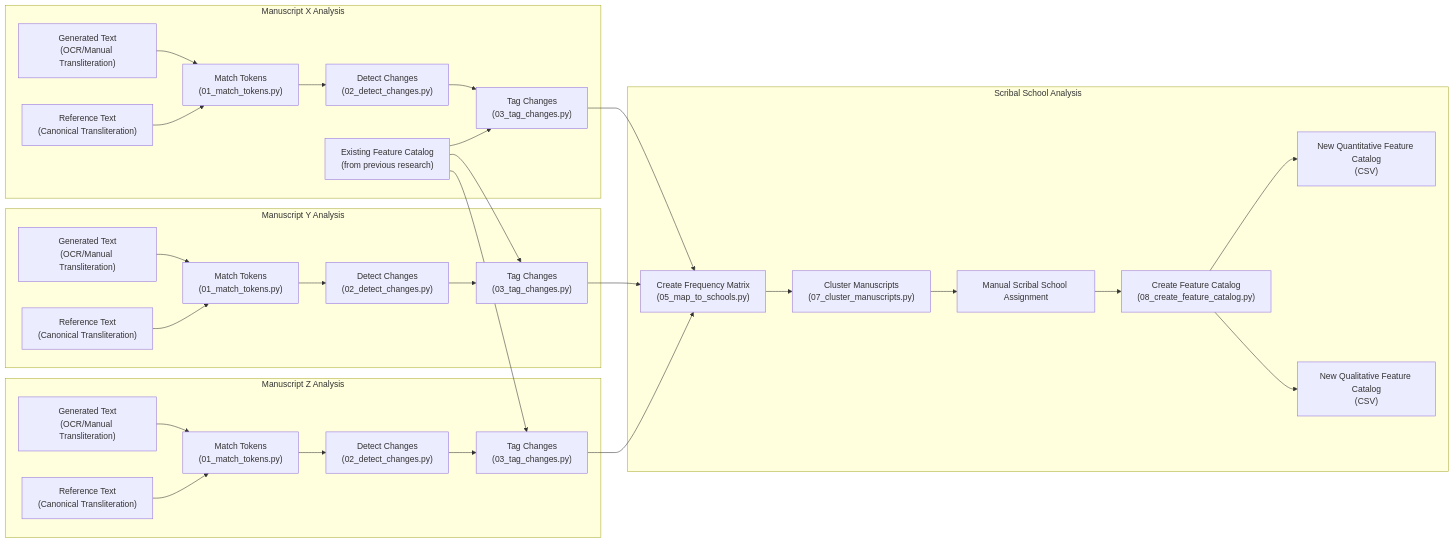
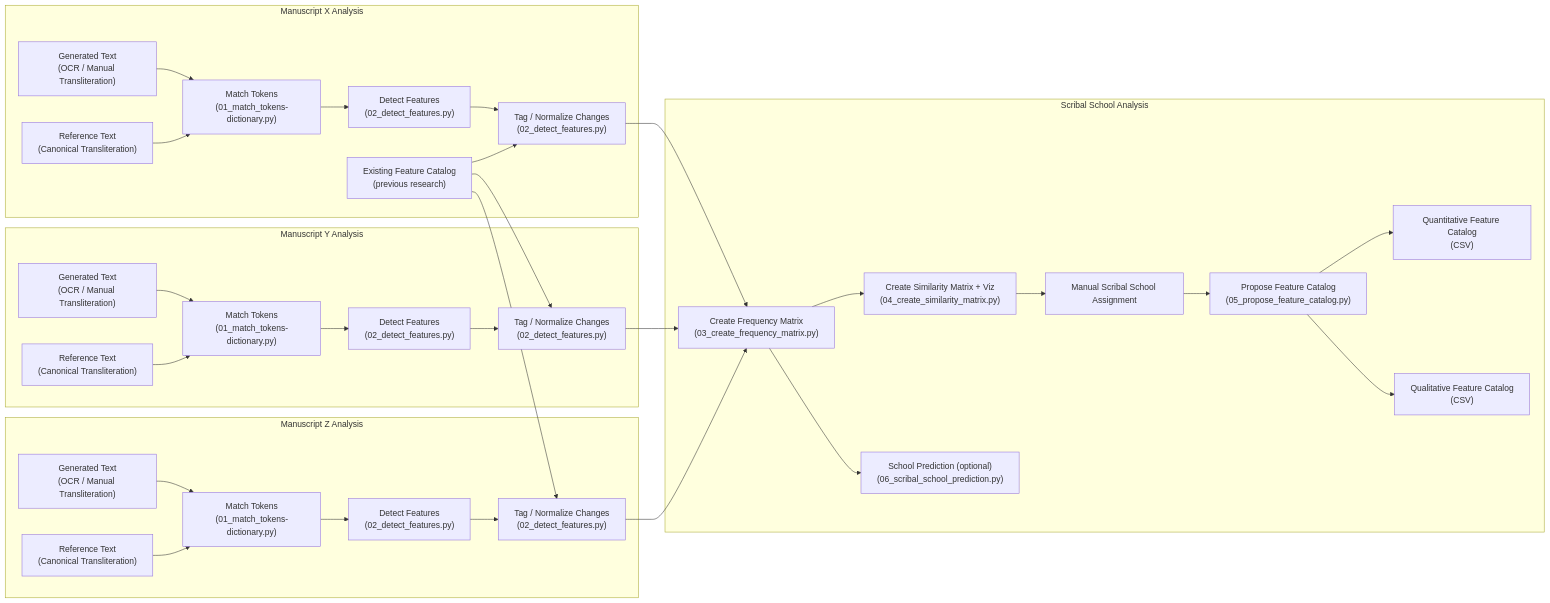
Before and after one commit to niktayek/Avestan-Text-Processing-Suite: the diagram in src/scribal_school_analysis/README.md, drawn with Mermaid. The commit also changed other lines of this file and 7 other files, not shown here.

````diff
--- a/src/scribal_school_analysis/README.md
+++ b/src/scribal_school_analysis/README.md
@@ -8,65 +13,73 @@
 ```mermaid
 graph LR
-    existing_feature_catalog["Existing Feature Catalog<br/>(from previous research)"]
+  classDef invisible fill:transparent,stroke:transparent,opacity:0;
 
-    subgraph "Manuscript X Analysis"
-        generated_X["Generated Text<br/>(OCR/Manual Transliteration)"]
-        reference_X["Reference Text<br/>(Canonical Transliteration)"]
-        
-        match_tokens_X["Match Tokens<br/>(01_match_tokens.py)"]
-        detect_changes_X["Detect Changes<br/>(02_detect_changes.py)"]
-        tag_changes_X["Tag Changes<br/>(03_tag_changes.py)"]
+  existing_feature_catalog["Existing Feature Catalog<br/>(previous research)"]
 
+  %% -------- Manuscript X --------
+  subgraph "Manuscript X Analysis"
+    padX[" "]:::invisible
+    generated_X["Generated Text<br/>(OCR / Manual Transliteration)"]
+    reference_X["Reference Text<br/>(Canonical Transliteration)"]
+    match_tokens_X["Match Tokens<br/>(01_match_tokens-dictionary.py)"]
+    detect_features_X["Detect Features<br/>(02_detect_features.py)"]
+    tagged_X["Tag / Normalize Changes<br/>(02_detect_features.py)"]
 
-        generated_X --> match_tokens_X
-        reference_X --> match_tokens_X
-        match_tokens_X --> detect_changes_X --> tag_changes_X
-        existing_feature_catalog --> tag_changes_X
-    end
+    generated_X --> match_tokens_X
+    reference_X --> match_tokens_X
+    match_tokens_X --> detect_features_X --> tagged_X
+    existing_feature_catalog --> tagged_X
+  end
 
-    subgraph "Manuscript Y Analysis"
-        generated_Y["Generated Text<br/>(OCR/Manual Transliteration)"]
-        reference_Y["Reference Text<br/>(Canonical Transliteration)"]
-        
-        match_tokens_Y["Match Tokens<br/>(01_match_tokens.py)"]
-        detect_changes_Y["Detect Changes<br/>(02_detect_changes.py)"]
-        tag_changes_Y["Tag Changes<br/>(03_tag_changes.py)"]
+  %% -------- Manuscript Y --------
+  subgraph "Manuscript Y Analysis"
+    padY[" "]:::invisible
+    generated_Y["Generated Text<br/>(OCR / Manual Transliteration)"]
+    reference_Y["Reference Text<br/>(Canonical Transliteration)"]
+    match_tokens_Y["Match Tokens<br/>(01_match_tokens-dictionary.py)"]
+    detect_features_Y["Detect Features<br/>(02_detect_features.py)"]
+    tagged_Y["Tag / Normalize Changes<br/>(02_detect_features.py)"]
 
+    generated_Y --> match_tokens_Y
+    reference_Y --> match_tokens_Y
+    match_tokens_Y --> detect_features_Y --> tagged_Y
+    existing_feature_catalog --> tagged_Y
+  end
 
-        generated_Y --> match_tokens_Y
-        reference_Y --> match_tokens_Y
-        match_tokens_Y --> detect_changes_Y --> tag_changes_Y
-        existing_feature_catalog --> tag_changes_Y
-    end
+  %% -------- Manuscript Z --------
+  subgraph "Manuscript Z Analysis"
+    padZ[" "]:::invisible
+    generated_Z["Generated Text<br/>(OCR / Manual Transliteration)"]
+    reference_Z["Reference Text<br/>(Canonical Transliteration)"]
+    match_tokens_Z["Match Tokens<br/>(01_match_tokens-dictionary.py)"]
+    detect_features_Z["Detect Features<br/>(02_detect_features.py)"]
+    tagged_Z["Tag / Normalize Changes<br/>(02_detect_features.py)"]
 
-    subgraph "Manuscript Z Analysis"
-        generated_Z["Generated Text<br/>(OCR/Manual Transliteration)"]
-        reference_Z["Reference Text<br/>(Canonical Transliteration)"]
-        
-        match_tokens_Z["Match Tokens<br/>(01_match_tokens.py)"]
-        detect_changes_Z["Detect Changes<br/>(02_detect_changes.py)"]
-        tag_changes_Z["Tag Changes<br/>(03_tag_changes.py)"]
+    generated_Z --> match_tokens_Z
+    reference_Z --> match_tokens_Z
+    match_tokens_Z --> detect_features_Z --> tagged_Z
+    existing_feature_catalog --> tagged_Z
+  end
 
-        generated_Z --> match_tokens_Z
-        reference_Z --> match_tokens_Z
-        match_tokens_Z --> detect_changes_Z --> tag_changes_Z
-        existing_feature_catalog --> tag_changes_Z
-    end
+  %% -------- Scribal School Analysis --------
+  subgraph "Scribal School Analysis"
+    padS[" "]:::invisible
+    freq_matrix["Create Frequency Matrix<br/>(03_create_frequency_matrix.py)"]
+    sim_matrix["Create Similarity Matrix + Viz<br/>(04_create_similarity_matrix.py)"]
+    assign_schools["Manual Scribal School Assignment"]
+    propose_catalog["Propose Feature Catalog<br/>(05_propose_feature_catalog.py)"]
+    predict_school["School Prediction (optional)<br/>(06_scribal_school_prediction.py)"]
+    quant_catalog["Quantitative Feature Catalog<br/>(CSV)"]
+    qual_catalog["Qualitative Feature Catalog<br/>(CSV)"]
 
-    subgraph "Scribal School Analysis"
-        frequency_matrix["Create Frequency Matrix<br/>(05_map_to_schools.py)"]
-        cluster_manuscripts["Cluster Manuscripts<br/>(07_cluster_manuscripts.py)"]
-        assign_scribal_schools["Manual Scribal School Assignment"]
-        create_feature_catalog["Create Feature Catalog<br/>(08_create_feature_catalog.py)"]
-        new_quantitative_feature_catalog["New Quantitative Feature Catalog<br/>(CSV)"]
-        new_qualitative_feature_catalog["New Qualitative Feature Catalog<br/>(CSV)"]
+    tagged_X --> freq_matrix
+    tagged_Y --> freq_matrix
+    tagged_Z --> freq_matrix
 
-        tag_changes_X --> frequency_matrix
-        tag_changes_Y --> frequency_matrix
-        tag_changes_Z --> frequency_matrix
+    freq_matrix --> sim_matrix --> assign_schools --> propose_catalog
+    propose_catalog --> quant_catalog
+    propose_catalog --> qual_catalog
+    freq_matrix --> predict_school
+  end
 
-        frequency_matrix --> cluster_manuscripts --> assign_scribal_schools --> create_feature_catalog
-        create_feature_catalog --> new_quantitative_feature_catalog
-        create_feature_catalog --> new_qualitative_feature_catalog
-    end
-```
+  ```
````
